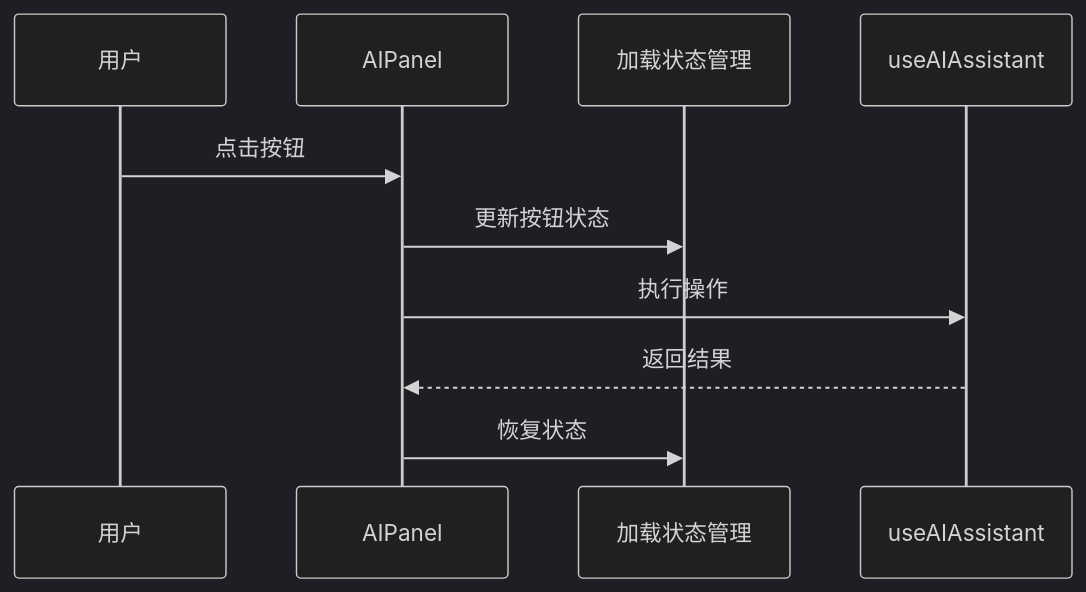
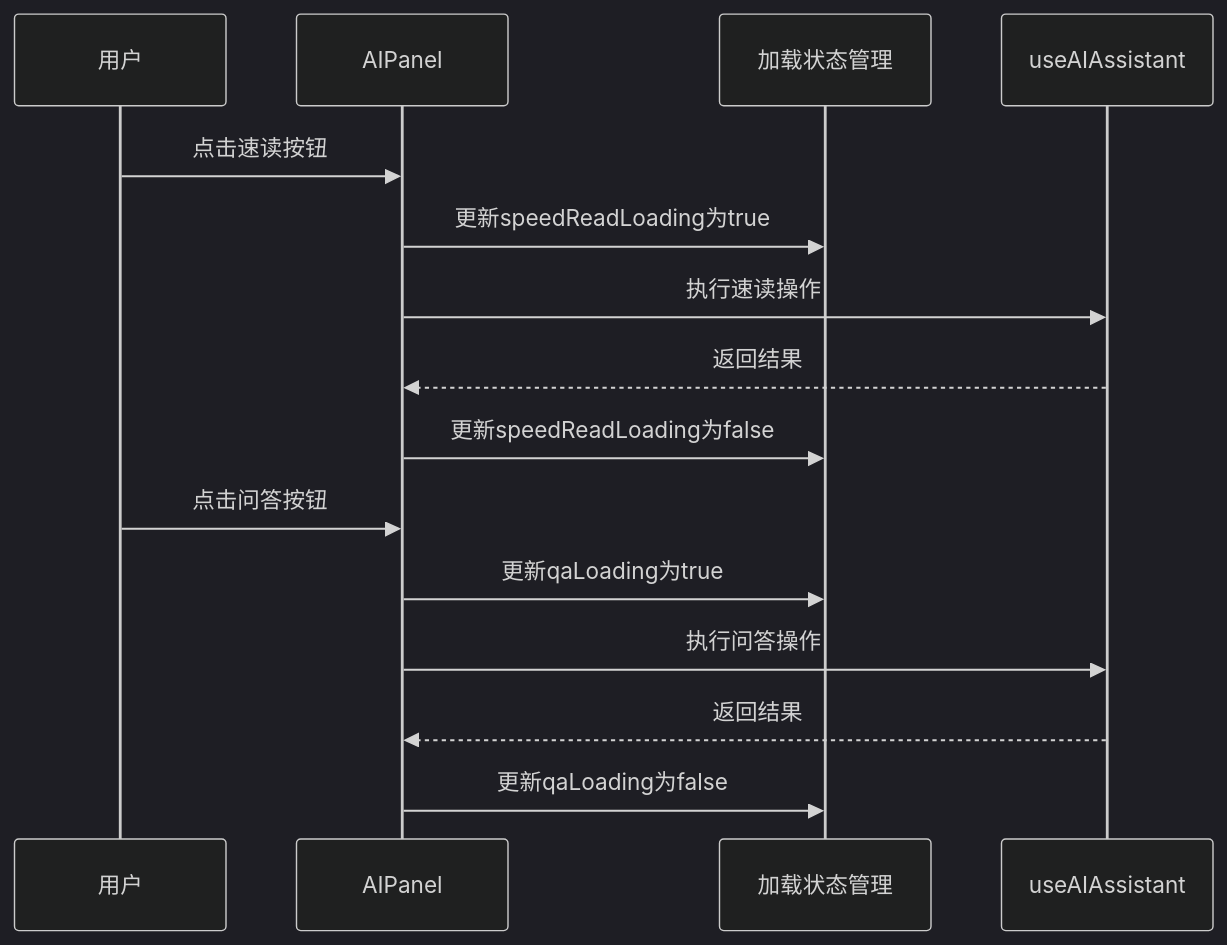
Diagram 17 of 48 in .qoder/repowiki/zh/content/核心功能/AI助手系统.md (terwer/siyuan-plugin-blog), drawn with Mermaid (dark theme) before and after one commit. The commit also changed other lines of this file and 3 other files, not shown here.

````diff
--- a/.qoder/repowiki/zh/content/核心功能/AI助手系统.md
+++ b/.qoder/repowiki/zh/content/核心功能/AI助手系统.md
@@ -708,12 +723,17 @@
 ```mermaid
 sequenceDiagram
 participant User as 用户
 participant Panel as AIPanel
 participant LoadingState as 加载状态管理
 participant Assistant as useAIAssistant
-User->>Panel : 点击按钮
-Panel->>LoadingState : 更新按钮状态
-Panel->>Assistant : 执行操作
+User->>Panel : 点击速读按钮
+Panel->>LoadingState : 更新speedReadLoading为true
+Panel->>Assistant : 执行速读操作
 Assistant-->>Panel : 返回结果
-Panel->>LoadingState : 恢复状态
+Panel->>LoadingState : 更新speedReadLoading为false
+User->>Panel : 点击问答按钮
+Panel->>LoadingState : 更新qaLoading为true
+Panel->>Assistant : 执行问答操作
+Assistant-->>Panel : 返回结果
+Panel->>LoadingState : 更新qaLoading为false
 ```
````
